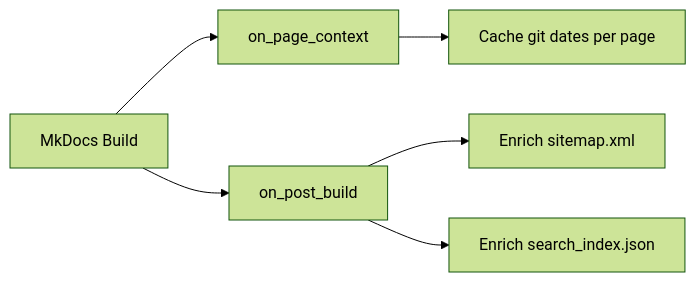
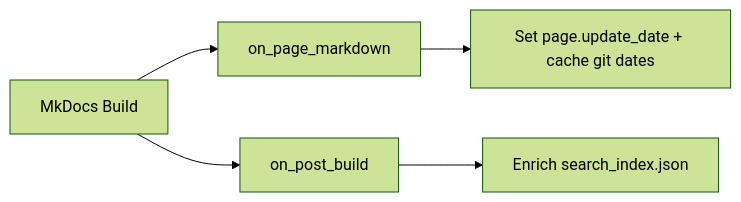
One commit to cms-cat/mkdocs-metadata-enricher-plugin changed the diagram in docs/how-it-works.md. Above: the diagram before and after it, drawn with Mermaid (forest theme). The commit also changed other lines of this file and 5 other files, not shown here.

Commit message:
fix: set sitemap lastmod before template render

````diff
--- a/docs/how-it-works.md
+++ b/docs/how-it-works.md
@@ -19,8 +19,7 @@
 ```mermaid
 graph LR
-    A[MkDocs Build] --> B[on_page_context]
-    B --> C[Cache git dates per page]
-    A --> D[on_post_build]
-    D --> E[Enrich sitemap.xml]
-    D --> F[Enrich search_index.json]
+  A[MkDocs Build] --> B[on_page_markdown]
+  B --> C[Set page.update_date + cache git dates]
+  A --> D[on_post_build]
+  D --> E[Enrich search_index.json]
 ```
````
